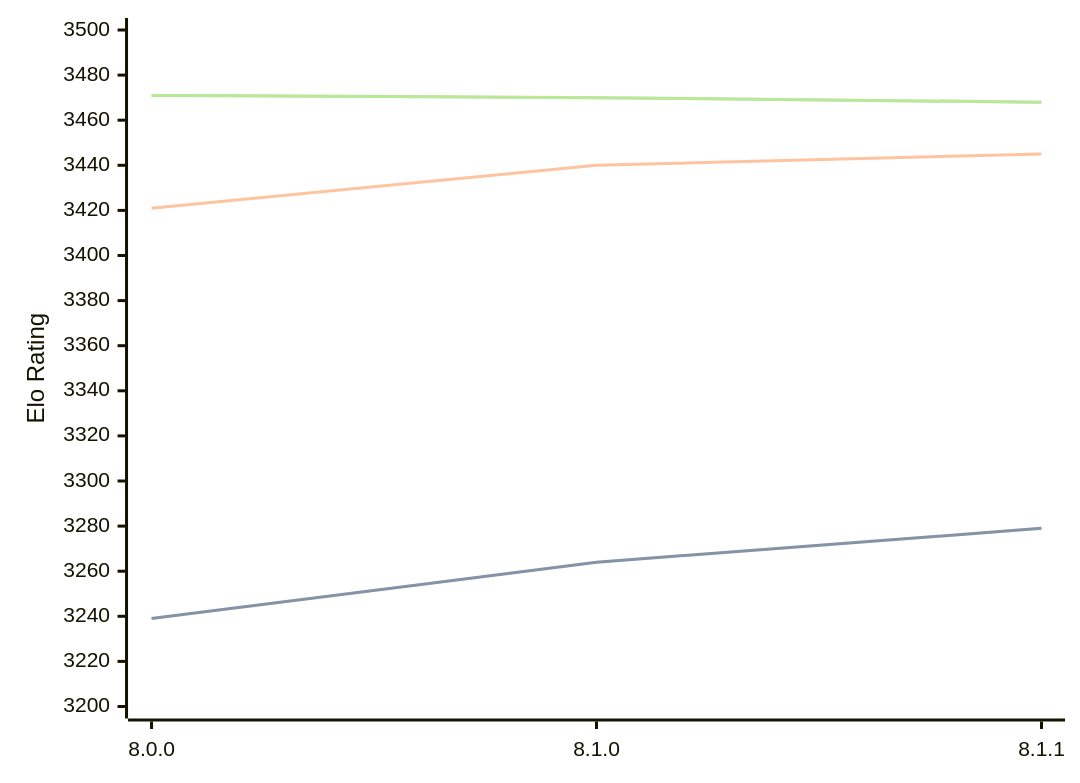
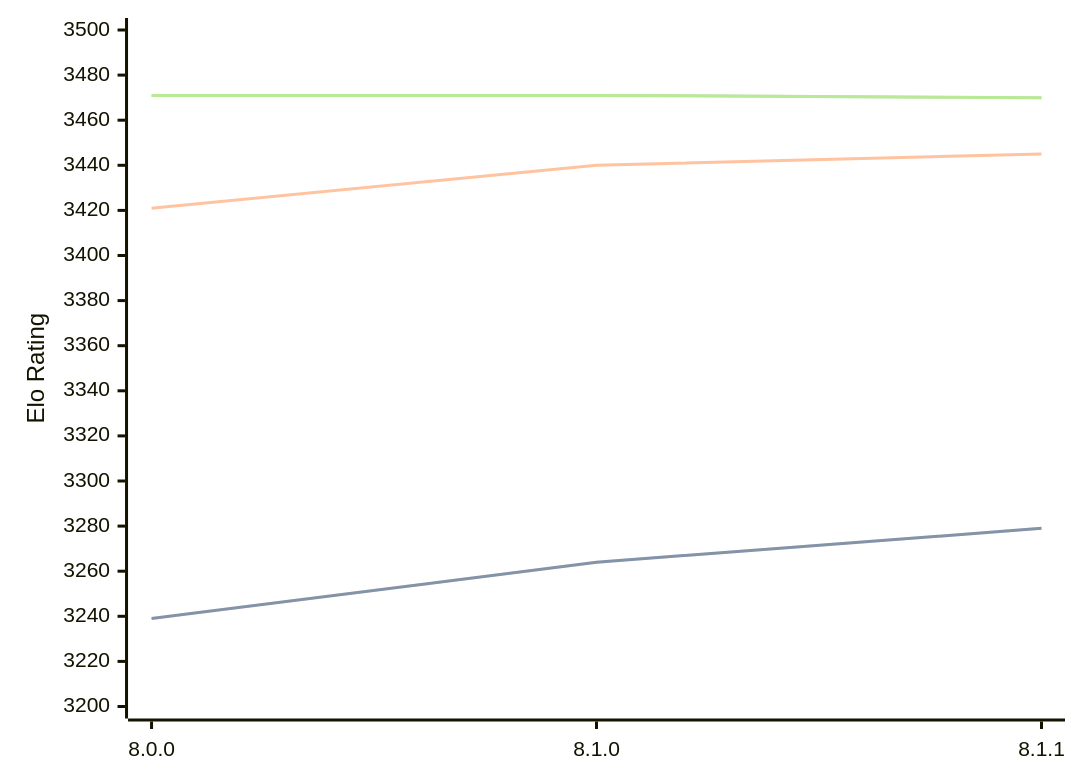
The diagram in engines/Velvet.md (computer-chess-index/cci), drawn with Mermaid before and after one commit. The commit also changed other lines of this file, not shown here.

Commit message:
Update CCI Ratings (ELO VLTC) - 2026-08-25

````diff
--- a/engines/Velvet.md
+++ b/engines/Velvet.md
@@ -33,11 +33,11 @@
 ```mermaid
 %%{init: {"theme":"base","themeVariables":{"seriesColors:['#a3a3a3','#222221','#faa371']}}}%%
 xychart-beta
   x-axis ["8.0.0", "8.1.0", "8.1.1"]
   y-axis "Elo Rating" 3200 --> 3500
   line "STC (8.0+0.08s)" [3239, 3264, 3279]
   line "STC (8.0+0.08s)" [3239, 3264, 3279]
   line "LTC (60.0+0.60s)" [3421, 3440, 3445]
-  line "VLTC (2m24s+1.12s)" [3471, 3470, 3468]
-  line "VLTC (2m24s+1.12s)" [3471, 3470, 3468]
+  line "VLTC (2m24s+1.12s)" [3471, 3471, 3470]
+  line "VLTC (2m24s+1.12s)" [3471, 3471, 3470]
 ```
````
